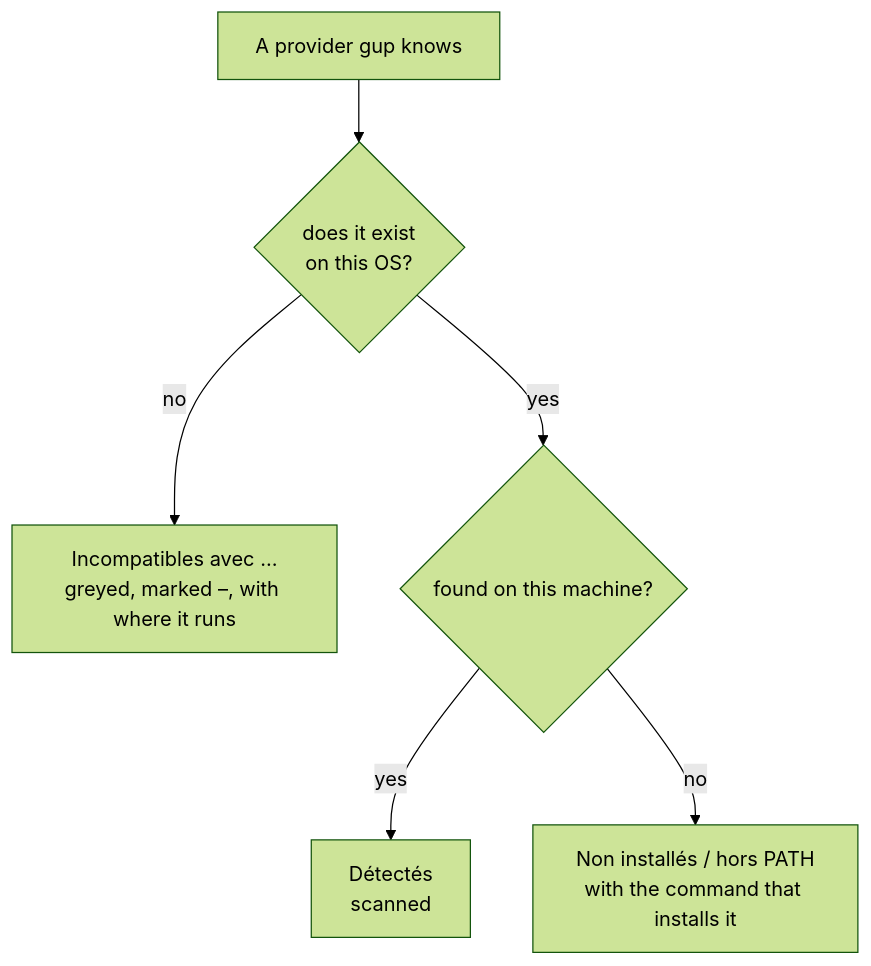
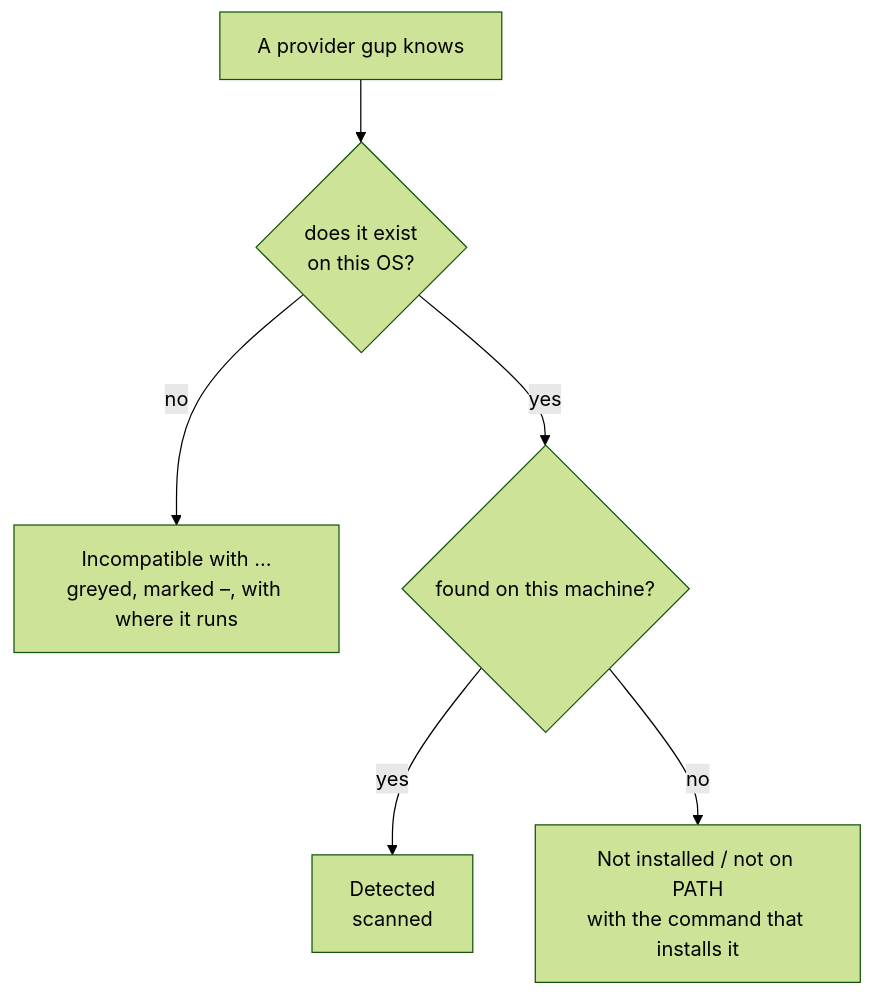
One commit to LINDECKER-Charles/gup changed the third of 3 diagrams in docs/guide/interactive-app.md. Above: the diagram before and after it, drawn with Mermaid (forest theme). The commit also changed other lines of this file and 12 other files, not shown here.

````diff
--- a/docs/guide/interactive-app.md
+++ b/docs/guide/interactive-app.md
@@ -267,8 +266,8 @@
 ```mermaid
 flowchart TD
     P[A provider gup knows] --> S{"does it exist<br/>on this OS?"}
-    S -->|no| G["Incompatibles avec …<br/>greyed, marked –, with where it runs"]
+    S -->|no| G["Incompatible with …<br/>greyed, marked –, with where it runs"]
     S -->|yes| A{"found on this machine?"}
-    A -->|yes| D["Détectés<br/>scanned"]
-    A -->|no| M["Non installés / hors PATH<br/>with the command that installs it"]
+    A -->|yes| D["Detected<br/>scanned"]
+    A -->|no| M["Not installed / not on PATH<br/>with the command that installs it"]
 ```
````
